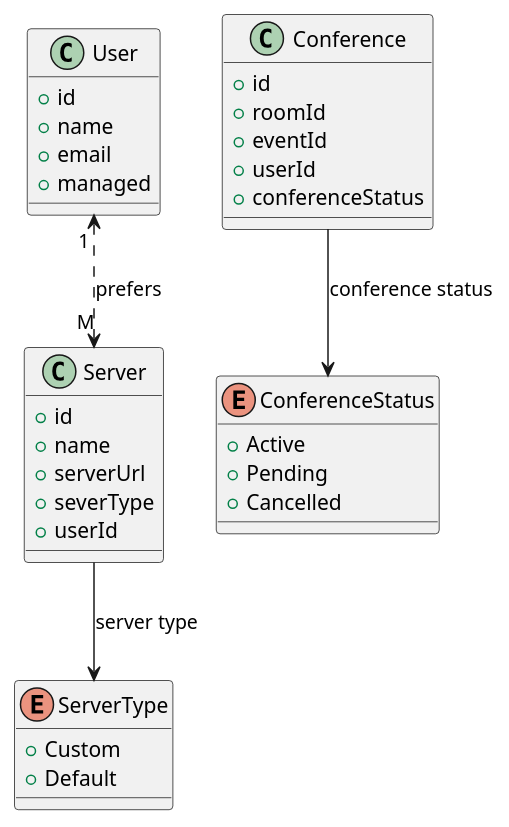
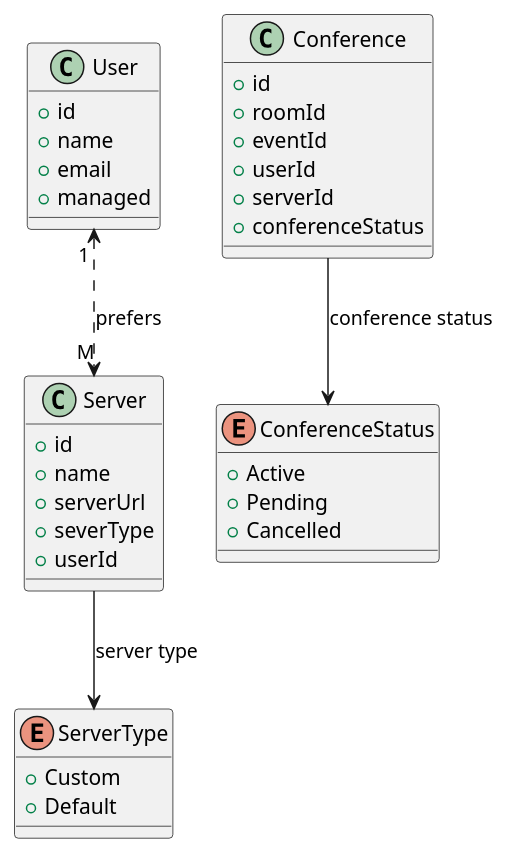
Before and after one commit to teenthofabud/jitsi-videoconference-moderator: the diagram in docs/er_conference_plantUML.puml, drawn with PlantUML. The commit also changed 8 other files, not shown here.

```diff
--- a/docs/er_conference_plantUML.puml
+++ b/docs/er_conference_plantUML.puml
@@ -1,46 +1,47 @@
     @startuml
 
     class User {
       +id
       +name
       +email
       +managed
     }
 
     class Server {
       +id
       +name
       +serverUrl
       +severType
       +userId
     }
 
     class Conference {
       +id
       +roomId
       +eventId
       +userId
+      +serverId
       +conferenceStatus
 
     }
 
     enum ServerType{
      +Custom
      +Default
     }
 
     enum ConferenceStatus{
      +Active
      +Pending
      +Cancelled
     }
 
     Server --> ServerType : server type
 
 
 
     User "1 " <..> "M" Server : prefers
 
     Conference --> ConferenceStatus : conference status
 
     @enduml
```
